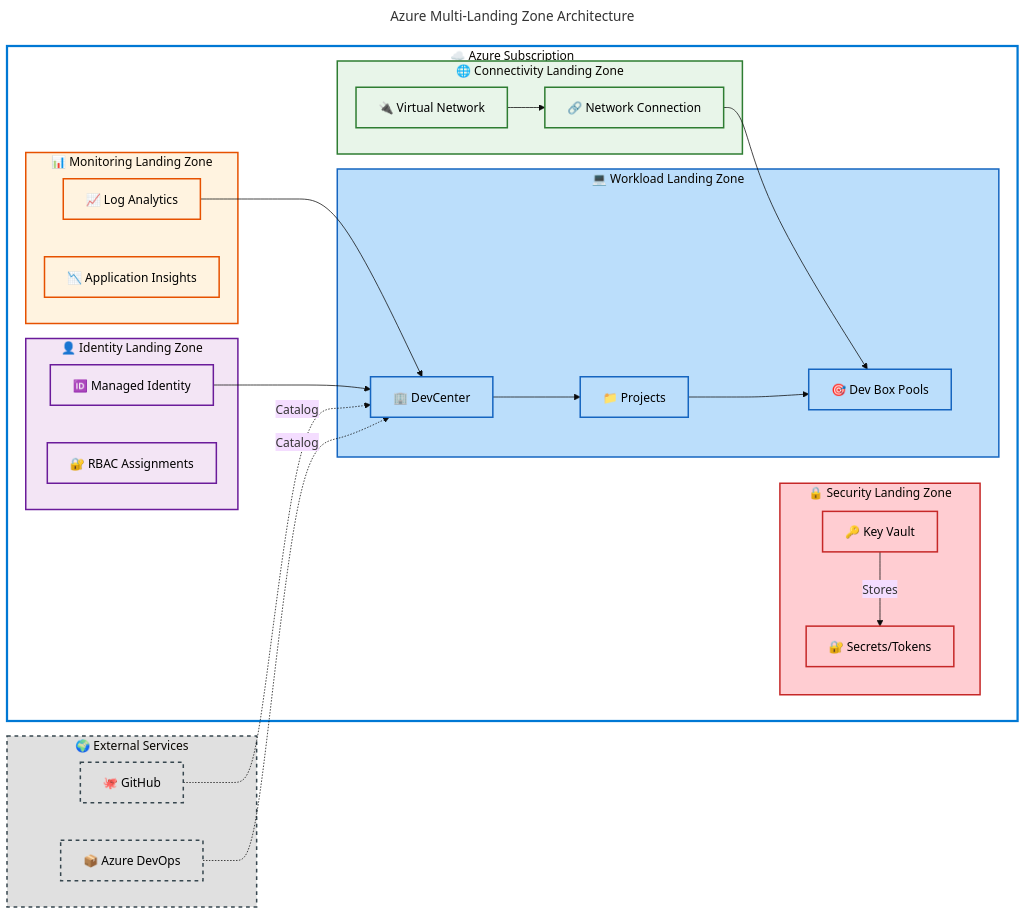
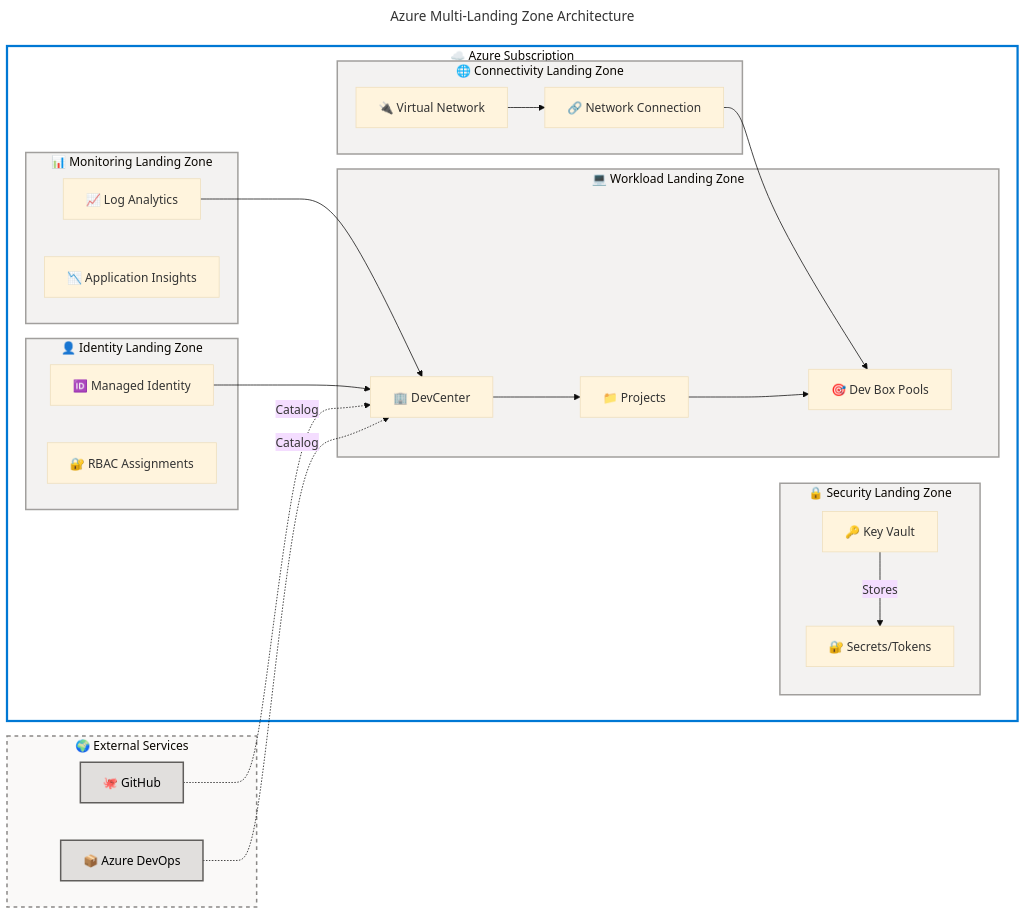
One commit to Evilazaro/DevExp-DevBox changed the second of 2 diagrams in README.md. Above: the diagram before and after it, drawn with Mermaid. The commit also changed other lines of this file, not shown here.

Commit message:
refactor: enhance flowchart styling and accessibility in README.md

````diff
--- a/README.md
+++ b/README.md
@@ -233,78 +232,75 @@
 ```mermaid
 ---
 title: Azure Multi-Landing Zone Architecture
 config:
   theme: base
+  themeVariables:
+    fontSize: '16px'
 ---
 flowchart LR
     accTitle: Azure DevBox Multi-Landing Zone Architecture
     accDescr: Architecture diagram showing the separation of concerns across security, monitoring, identity, workload, and connectivity landing zones with their key resources and external integrations
+
+    %% AZURE / FLUENT ARCHITECTURE PATTERN v1.1
+    %% (Semantic + Structural + Font + Accessibility Governance)
+    %% ═══════════════════════════════════════════════════════════════
+    %% Neutral-first structure: All landing zones use neutral surfaces
+    %% Semantic discipline: Core (Azure platform), External (third-party)
+    %% Structural clarity: Functional separation via neutral hierarchy
+    %% ═══════════════════════════════════════════════════════════════
 
     subgraph Azure["☁️ Azure Subscription"]
         subgraph Security["🔒 Security Landing Zone"]
             kv[🔑 Key Vault]
             secrets[🔐 Secrets/Tokens]
         end
 
         subgraph Monitoring["📊 Monitoring Landing Zone"]
             la[📈 Log Analytics]
             insights[📉 Application Insights]
         end
 
         subgraph Identity["👤 Identity Landing Zone"]
             mi[🆔 Managed Identity]
             rbac[🔐 RBAC Assignments]
         end
 
         subgraph Workload["💻 Workload Landing Zone"]
             dc[🏢 DevCenter]
             projects[📁 Projects]
             pools[🎯 Dev Box Pools]
         end
 
         subgraph Connectivity["🌐 Connectivity Landing Zone"]
             vnet[🔌 Virtual Network]
             nc[🔗 Network Connection]
         end
     end
 
     subgraph External["🌍 External Services"]
-        github[🐙 GitHub]
-        ado[📦 Azure DevOps]
+        github[🐙 GitHub]:::external
+        ado[📦 Azure DevOps]:::external
     end
 
     kv -->|Stores| secrets
     la --> dc
     mi --> dc
     vnet --> nc
     nc --> pools
     dc --> projects
     projects --> pools
 
     github -.->|Catalog| dc
     ado -.->|Catalog| dc
 
-    %% Subgraph Styling: Main container (#FFFFFF), functional landing zones use semantic colors
+    %% Centralized styling - neutral hierarchy with semantic distinction for external services
     style Azure fill:#FFFFFF,stroke:#0078D4,stroke-width:3px
-    style Security fill:#FFCDD2,stroke:#C62828,stroke-width:2px
-    style Monitoring fill:#FFF3E0,stroke:#E65100,stroke-width:2px
-    style Identity fill:#F3E5F5,stroke:#6A1B9A,stroke-width:2px
-    style Workload fill:#BBDEFB,stroke:#1565C0,stroke-width:2px
-    style Connectivity fill:#E8F5E9,stroke:#2E7D32,stroke-width:2px
-    style External fill:#E0E0E0,stroke:#37474F,stroke-width:2px,stroke-dasharray: 5 5
+    style Security fill:#F3F2F1,stroke:#A19F9D,stroke-width:2px
+    style Monitoring fill:#F3F2F1,stroke:#A19F9D,stroke-width:2px
+    style Identity fill:#F3F2F1,stroke:#A19F9D,stroke-width:2px
+    style Workload fill:#F3F2F1,stroke:#A19F9D,stroke-width:2px
+    style Connectivity fill:#F3F2F1,stroke:#A19F9D,stroke-width:2px
+    style External fill:#FAF9F8,stroke:#8A8886,stroke-width:2px,stroke-dasharray: 5 5
 
-    %% Node Styling: Matches subgraph colors for visual consistency (MRM-C005)
-    classDef security fill:#FFCDD2,stroke:#C62828,stroke-width:2px,color:#000
-    classDef monitoring fill:#FFF3E0,stroke:#E65100,stroke-width:2px,color:#000
-    classDef identity fill:#F3E5F5,stroke:#6A1B9A,stroke-width:2px,color:#000
-    classDef workload fill:#BBDEFB,stroke:#1565C0,stroke-width:2px,color:#000
-    classDef connectivity fill:#E8F5E9,stroke:#2E7D32,stroke-width:2px,color:#000
-    classDef external fill:#E0E0E0,stroke:#37474F,stroke-width:2px,color:#000,stroke-dasharray: 5 5
-
-    class kv,secrets security
-    class la,insights monitoring
-    class mi,rbac identity
-    class dc,projects,pools workload
-    class vnet,nc connectivity
-    class github,ado external
+    classDef external fill:#E1DFDD,stroke:#605E5C,stroke-width:2px,color:#000
 ```
````
